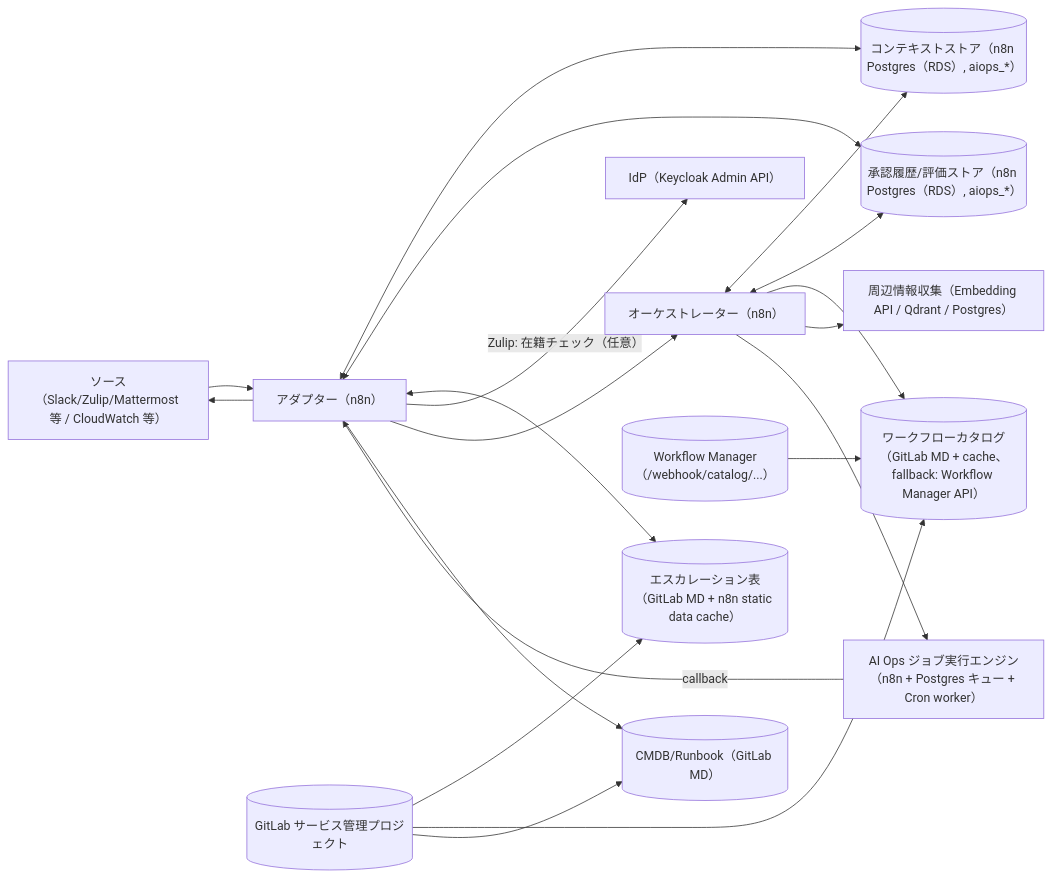
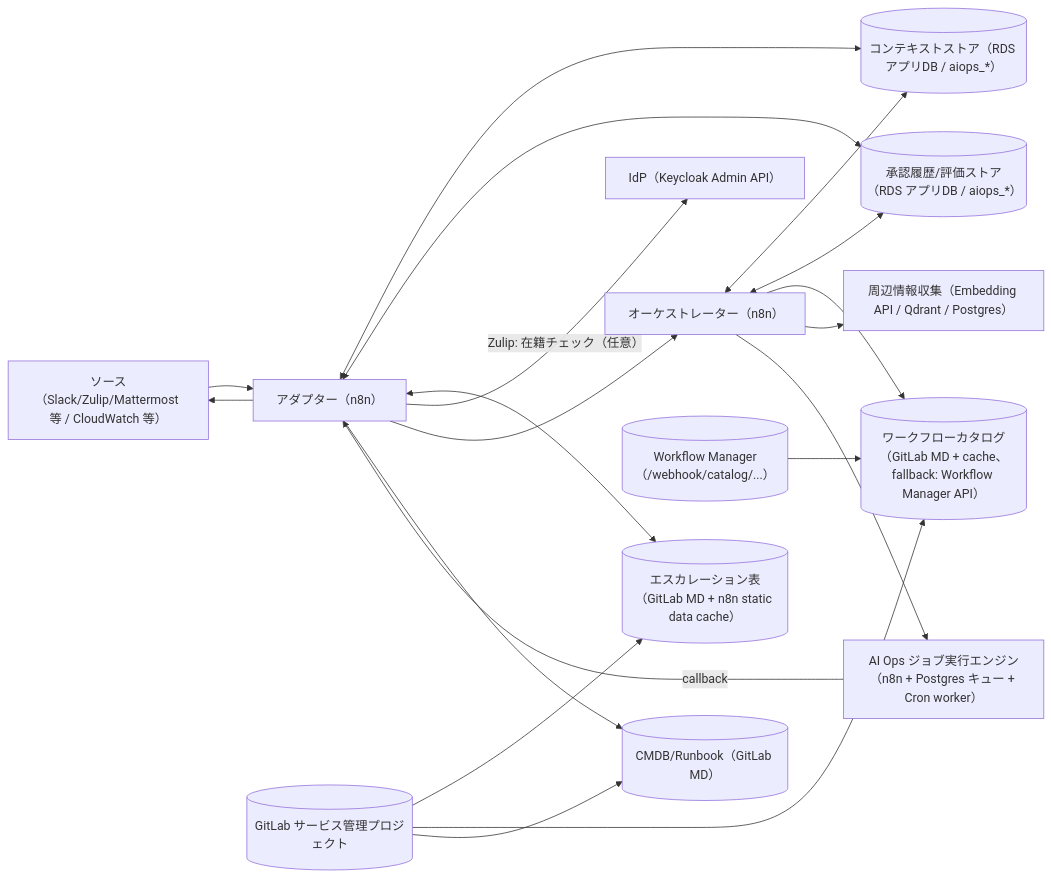
One commit to smic-aiops/aiops-agent changed the first of 5 diagrams in apps/aiops_agent/orchestrator/docs/aiops_agent_design.md. Above: the diagram before and after it, drawn with Mermaid. The commit also changed other lines of this file and 106 other files, not shown here.

````diff
--- a/apps/aiops_agent/orchestrator/docs/aiops_agent_design.md
+++ b/apps/aiops_agent/orchestrator/docs/aiops_agent_design.md
@@ -21,26 +21,26 @@
 ```mermaid
 flowchart LR
   Source[ソース（Slack/Zulip/Mattermost 等 / CloudWatch 等）] --> Adapter[アダプター（n8n）]
 
-  Adapter <--> ContextStore[(コンテキストストア（n8n Postgres（RDS）, aiops_*）)]
-  Adapter <--> ApprovalStore[(承認履歴/評価ストア（n8n Postgres（RDS）, aiops_*）)]
+  Adapter <--> ContextStore[(コンテキストストア（RDS アプリDB / aiops_*）)]
+  Adapter <--> ApprovalStore[(承認履歴/評価ストア（RDS アプリDB / aiops_*）)]
   Adapter <--> EscalationTable[(エスカレーション表（GitLab MD + n8n static data cache）)]
 
   Adapter -->|Zulip: 在籍チェック（任意）| IdP[IdP（Keycloak Admin API）]
   Adapter --> Orchestrator[オーケストレーター（n8n）]
   Orchestrator <--> ContextStore
   Orchestrator <--> ApprovalStore
 
   Orchestrator --> CatalogCache[(ワークフローカタログ（GitLab MD + cache、fallback: Workflow Manager API）)]
   Orchestrator --> External[周辺情報収集（Embedding API / Qdrant / Postgres）]
 
   Adapter --> CMDB[(CMDB/Runbook（GitLab MD）)]
   GitLab[(GitLab サービス管理プロジェクト)] --> EscalationTable
   GitLab --> CatalogCache
   GitLab --> CMDB
   WorkflowManager[(Workflow Manager（/webhook/catalog/...）)] --> CatalogCache
 
   Orchestrator --> JobEngine[AI Ops ジョブ実行エンジン（n8n + Postgres キュー + Cron worker）]
   JobEngine -->|callback| Adapter
   Adapter --> Source
 ```
````
